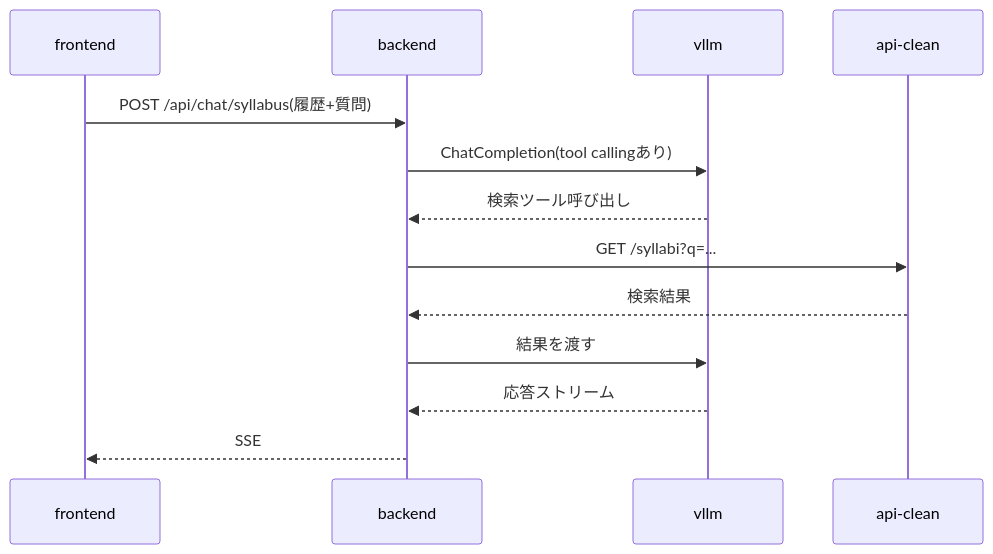
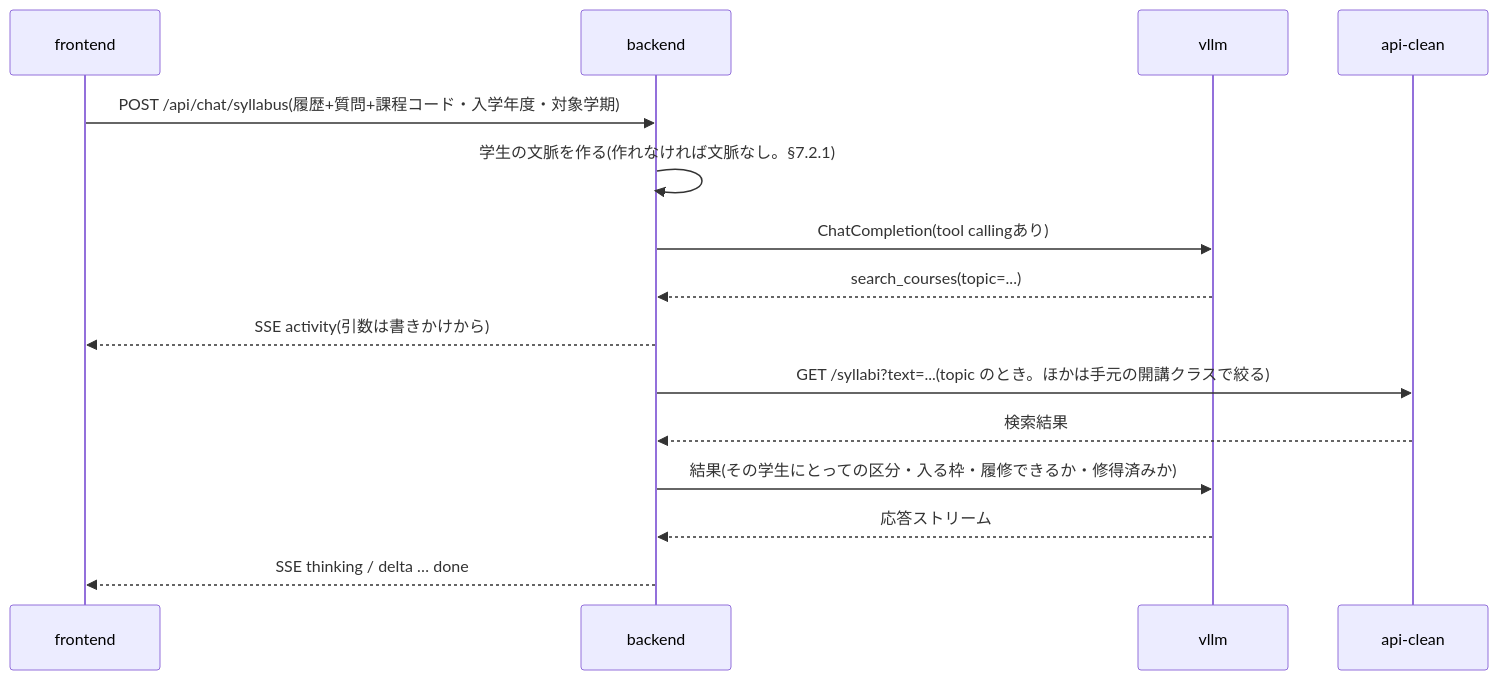
One commit to ProjectResearch2026/Syllabel changed the fourth of 4 diagrams in docs/design/05-interfaces.md. Above: the diagram before and after it, drawn with Mermaid. The commit also changed other lines of this file and 95 other files, not shown here.

````diff
--- a/docs/design/05-interfaces.md
+++ b/docs/design/05-interfaces.md
@@ -536,15 +624,17 @@
 ```mermaid
 sequenceDiagram
   participant FE as frontend
   participant BE as backend
   participant LLM as vllm
   participant API as api-clean
-  FE->>BE: POST /api/chat/syllabus(履歴+質問)
+  FE->>BE: POST /api/chat/syllabus(履歴+質問+課程コード・入学年度・対象学期)
+  BE->>BE: 学生の文脈を作る(作れなければ文脈なし。§7.2.1)
   BE->>LLM: ChatCompletion(tool callingあり)
-  LLM-->>BE: 検索ツール呼び出し
-  BE->>API: GET /syllabi?q=...
+  LLM-->>BE: search_courses(topic=...)
+  BE-->>FE: SSE activity(引数は書きかけから)
+  BE->>API: GET /syllabi?text=...(topic のとき。ほかは手元の開講クラスで絞る)
   API-->>BE: 検索結果
-  BE->>LLM: 結果を渡す
+  BE->>LLM: 結果(その学生にとっての区分・入る枠・履修できるか・修得済みか)
   LLM-->>BE: 応答ストリーム
-  BE-->>FE: SSE
+  BE-->>FE: SSE thinking / delta … done
 ```
````
